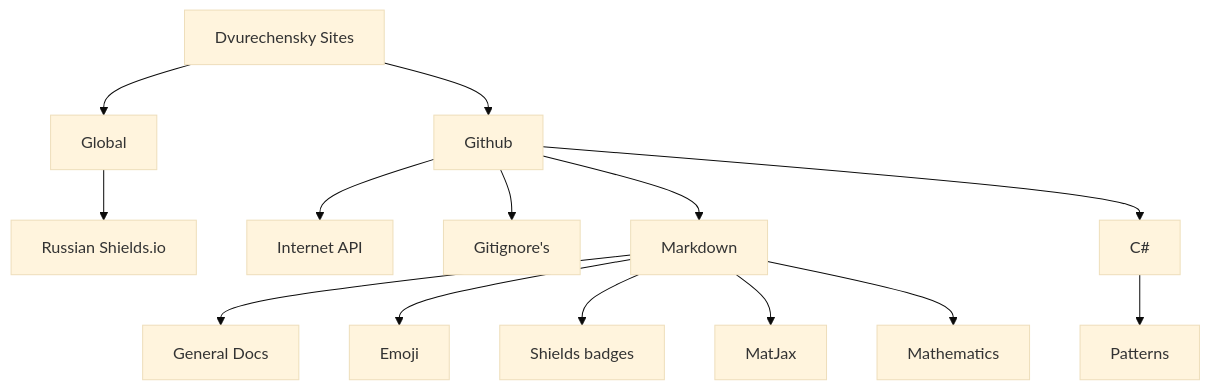
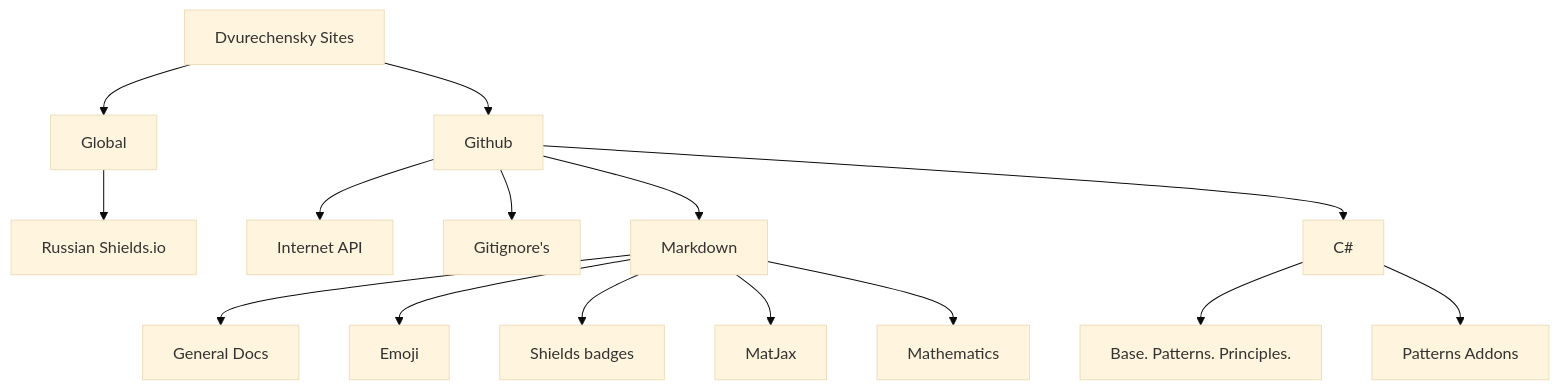
One commit to Dvurechensky/Dvurechensky changed the second of 2 diagrams in README.md. Above: the diagram before and after it, drawn with Mermaid (base theme). The commit also changed other lines of this file and 1 other file, not shown here.

````diff
--- a/README.md
+++ b/README.md
@@ -70,16 +70,17 @@
 ```mermaid
 graph TD
   A[Dvurechensky Sites] --> B[Global]
   A[Dvurechensky Sites] --> C[Github]
   B --> E[Russian Shields.io]
   C --> M[Internet API]
   C --> G[Gitignore's]
   C --> H[Markdown]
   C --> N[C#]
-  N --> N1[Patterns]
+  N --> N1[Base. Patterns. Principles.]
+  N --> N2[Patterns Addons]
   H --> K[General Docs]
   H --> L[Emoji]
   H --> Z[Shields badges]
   H --> X[MatJax]
   H --> V[Mathematics]
 ```
````
